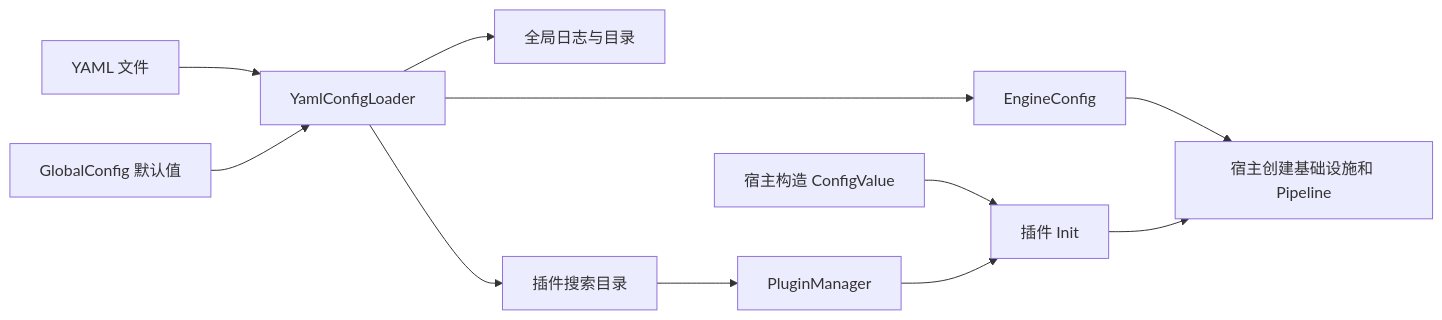
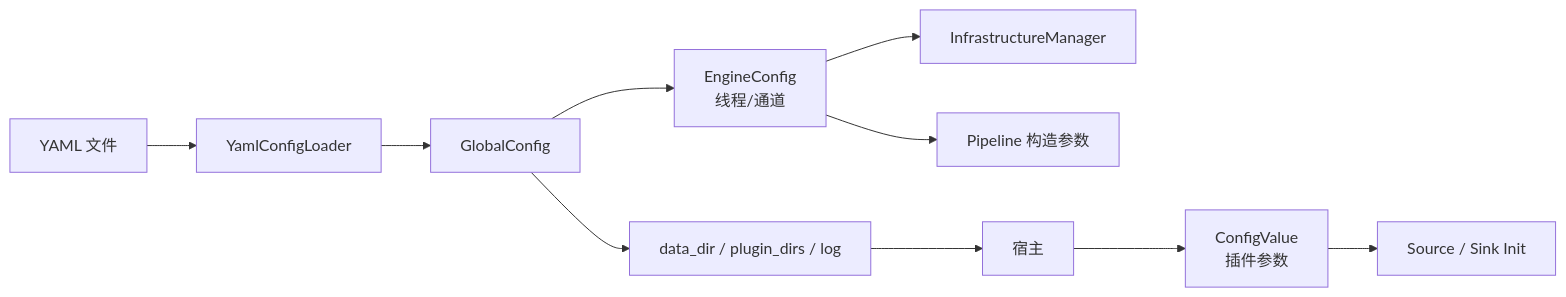
One commit to Franch-Toast/Scriptorium changed the diagram in docs/document/撰修司/illuminator性能监控平台/设计方案/05-configuration-and-status.md. Above: the diagram before and after it, drawn with Mermaid. The commit also changed other lines of this file and 20 other files, not shown here.

````diff
--- a/docs/document/撰修司/illuminator性能监控平台/设计方案/05-configuration-and-status.md
+++ b/docs/document/撰修司/illuminator性能监控平台/设计方案/05-configuration-and-status.md
@@ -19,14 +24,13 @@
 ```mermaid
 %%{init: {"flowchart":{"useMaxWidth":false,"htmlLabels":false}}}%%
 flowchart LR
-    F[YAML 文件] --> Y[YamlConfigLoader]
-    D[GlobalConfig 默认值] --> Y
-    Y --> G[全局日志与目录]
-    Y --> E[EngineConfig]
-    Y --> L[插件搜索目录]
-    E --> H[宿主创建基础设施和 Pipeline]
-    L --> M[PluginManager]
-    P[宿主构造 ConfigValue] --> I[插件 Init]
-    M --> I
-    I --> H
+    Y["YAML 文件"] --> L["YamlConfigLoader"]
+    L --> G["GlobalConfig"]
+    G --> E["EngineConfig<br/>线程/通道"]
+    G --> D["data_dir / plugin_dirs / log"]
+    E --> I["InfrastructureManager"]
+    E --> P["Pipeline 构造参数"]
+    D --> H["宿主"]
+    C["ConfigValue<br/>插件参数"] --> PI["Source / Sink Init"]
+    H --> C
 ```
````
